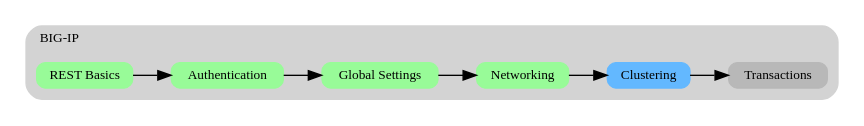
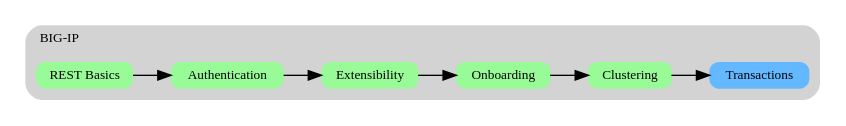
Before and after one commit to f5devcentral/f5-automation-labs: the diagram in docs/class1/module1/lab6.rst, drawn with Graphviz. The commit also changed other lines of this file and 36 other files, not shown here.

```diff
--- a/docs/class1/module1/lab6.rst
+++ b/docs/class1/module1/lab6.rst
@@ -4,22 +4,22 @@
 .. graphviz::
 
    digraph breadcrumb {
       rankdir="LR"
       ranksep=.4
       node [fontsize=10,style="rounded,filled",shape=box,color=gray72,margin="0.05,0.05",height=0.1]
       fontsize = 10
       labeljust="l"
       subgraph cluster_provider {
          style = "rounded,filled"
          color = lightgrey
          height = .75
          label = "BIG-IP"
          basics [label="REST Basics",color="palegreen"]
          authentication [label="Authentication",color="palegreen"]
-         globalsettings [label="Global Settings",color="palegreen"]
-         networking [label="Networking",color="palegreen"]
-         clustering [label="Clustering",color="steelblue1"]
-         transactions [label="Transactions"]
-         basics -> authentication -> globalsettings -> networking -> clustering -> transactions
+         extensibility [label="Extensibility",color="palegreen"]
+         onboarding [label="Onboarding",color="palegreen"]
+         clustering [label="Clustering",color="palegreen"]
+         transactions [label="Transactions",color="steelblue1"]
+         basics -> authentication -> extensibility -> onboarding -> clustering -> transactions
       }
    }
```
